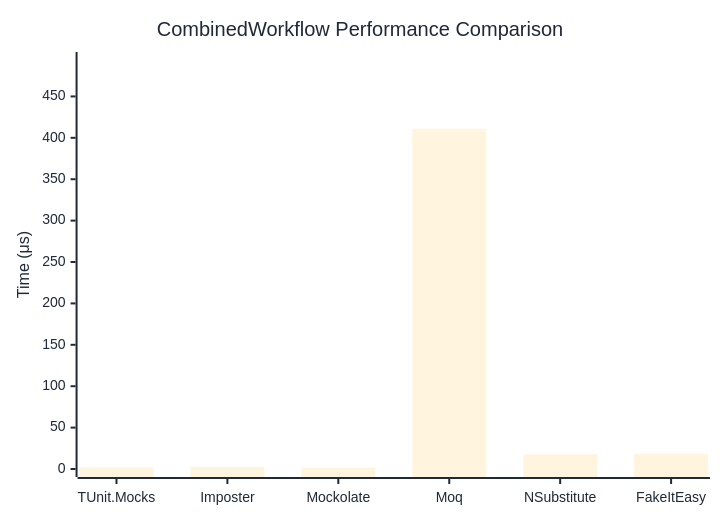
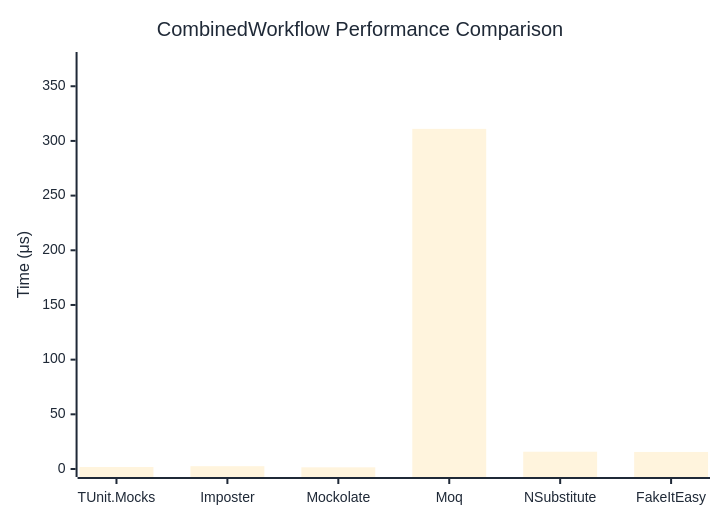
Before and after one commit to thomhurst/TUnit: the diagram in docs/docs/benchmarks/mocks/CombinedWorkflow.md, drawn with Mermaid. The commit also changed other lines of this file and 14 other files, not shown here.

````diff
--- a/docs/docs/benchmarks/mocks/CombinedWorkflow.md
+++ b/docs/docs/benchmarks/mocks/CombinedWorkflow.md
@@ -30,27 +30,27 @@
 ```mermaid
 %%{init: {
   'theme':'base',
   'themeVariables': {
     'primaryColor': '#2563eb',
     'primaryTextColor': '#1f2937',
     'primaryBorderColor': '#1e40af',
     'lineColor': '#6b7280',
     'secondaryColor': '#7c3aed',
     'tertiaryColor': '#dc2626',
     'background': '#ffffff',
     'pie1': '#2563eb',
     'pie2': '#7c3aed',
     'pie3': '#dc2626',
     'pie4': '#f59e0b',
     'pie5': '#10b981',
     'pie6': '#06b6d4',
     'pie7': '#ec4899',
     'pie8': '#6366f1'
   }
 }}%%
 xychart-beta
   title "CombinedWorkflow Performance Comparison"
   x-axis ["TUnit.Mocks", "Imposter", "Mockolate", "Moq", "NSubstitute", "FakeItEasy"]
-  y-axis "Time (μs)" 0 --> 494
-  bar [1.962, 2.709, 1.696, 410.977, 17.649, 18.513]
+  y-axis "Time (μs)" 0 --> 374
+  bar [1.825, 2.576, 1.536, 311.027, 15.793, 15.591]
 ```
````
